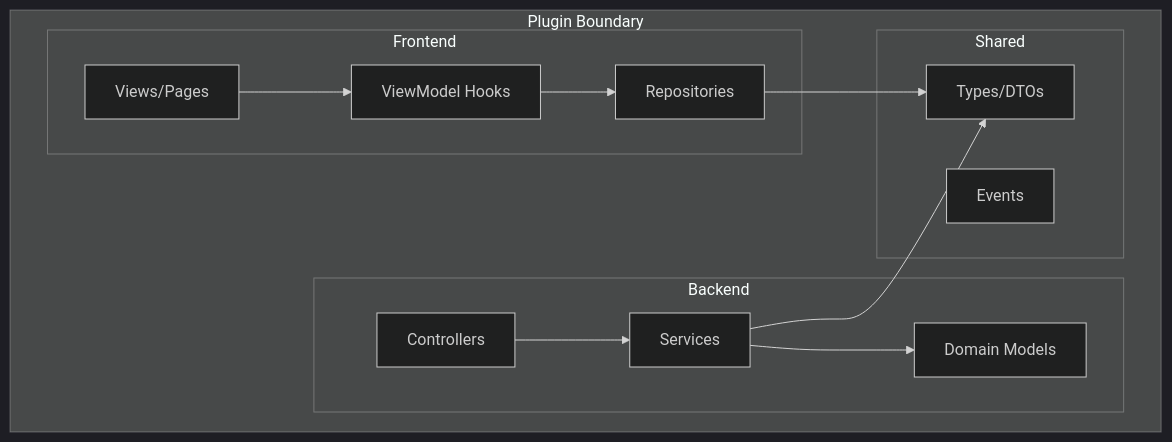
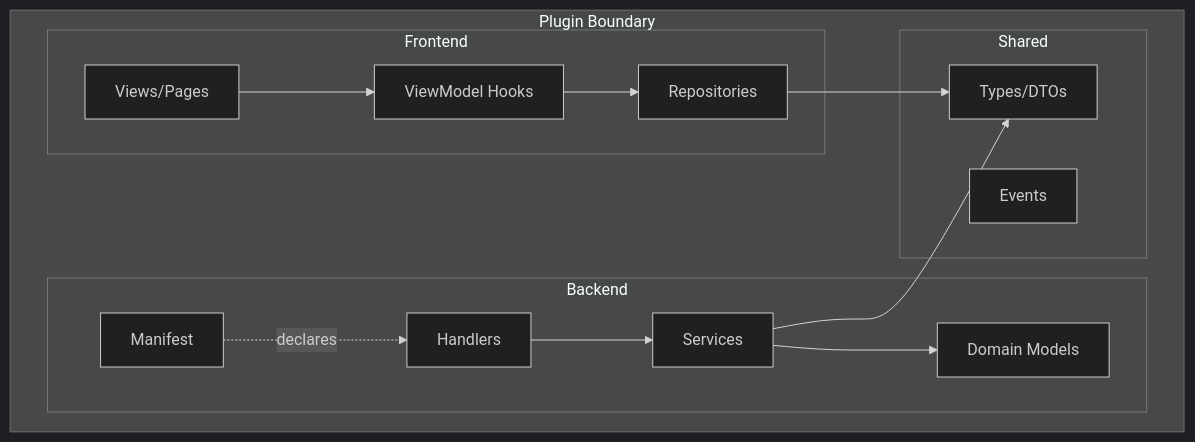
Before and after one commit to brix-kit-dev/brix: the first of 2 diagrams in website/docs/concepts/plugin-model.md, drawn with Mermaid (dark theme). The commit also changed other lines of this file and 20 other files, not shown here.

````diff
--- a/website/docs/concepts/plugin-model.md
+++ b/website/docs/concepts/plugin-model.md
@@ -18,28 +18,30 @@
 ```mermaid
 graph TB
     subgraph "Plugin Boundary"
         subgraph "Frontend"
             V[Views/Pages]
             VM[ViewModel Hooks]
             R[Repositories]
         end
         
         subgraph "Backend"
+            M[Manifest]
+            H[Handlers]
             S[Services]
             D[Domain Models]
-            C[Controllers]
         end
         
         subgraph "Shared"
             T[Types/DTOs]
             E[Events]
         end
     end
     
     V --> VM
     VM --> R
     R --> T
     S --> D
     S --> T
-    C --> S
+    M -. declares .-> H
+    H --> S
 ```
````
